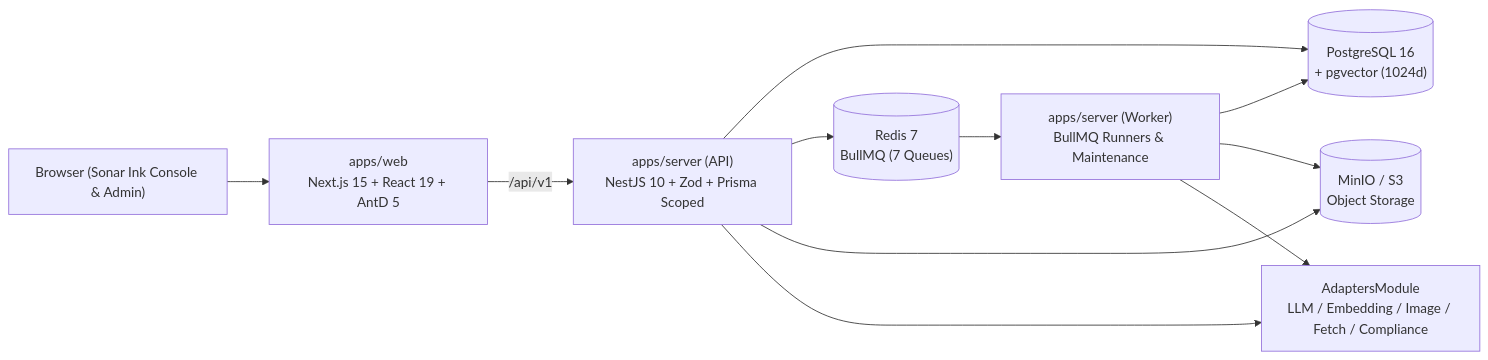
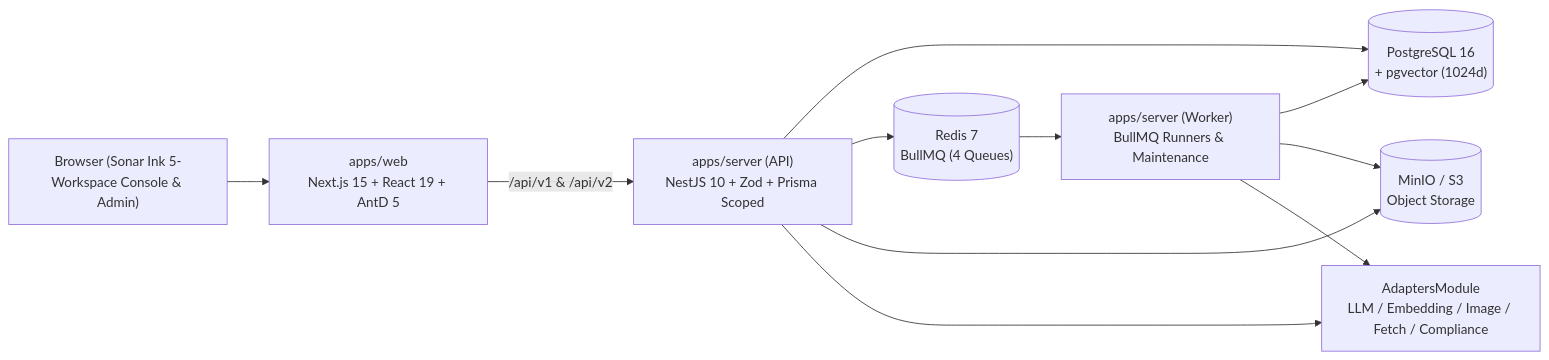
One commit to yexiu700/geomix changed the diagram in README.md. Above: the diagram before and after it, drawn with Mermaid. The commit also changed other lines of this file and 13 other files, not shown here.

Commit message:
docs: align architecture, agent playbooks, README, and runbooks with GeoMix 2.0

````diff
--- a/README.md
+++ b/README.md
@@ -54,13 +55,13 @@
 ```mermaid
 flowchart LR
-  User["Browser (Sonar Ink Console & Admin)"] --> Web["apps/web<br/>Next.js 15 + React 19 + AntD 5"]
-  Web -->|/api/v1| Api["apps/server (API)<br/>NestJS 10 + Zod + Prisma Scoped"]
+  User["Browser (Sonar Ink 5-Workspace Console & Admin)"] --> Web["apps/web<br/>Next.js 15 + React 19 + AntD 5"]
+  Web -->|/api/v1 & /api/v2| Api["apps/server (API)<br/>NestJS 10 + Zod + Prisma Scoped"]
   Api --> PG[("PostgreSQL 16<br/>+ pgvector (1024d)")]
-  Api --> Redis[("Redis 7<br/>BullMQ (7 Queues)")]
+  Api --> Redis[("Redis 7<br/>BullMQ (4 Queues)")]
   Api --> S3[("MinIO / S3<br/>Object Storage")]
   Redis --> Worker["apps/server (Worker)<br/>BullMQ Runners & Maintenance"]
   Worker --> PG
   Worker --> S3
   Api --> Adapters["AdaptersModule<br/>LLM / Embedding / Image / Fetch / Compliance"]
   Worker --> Adapters
 ```
````
